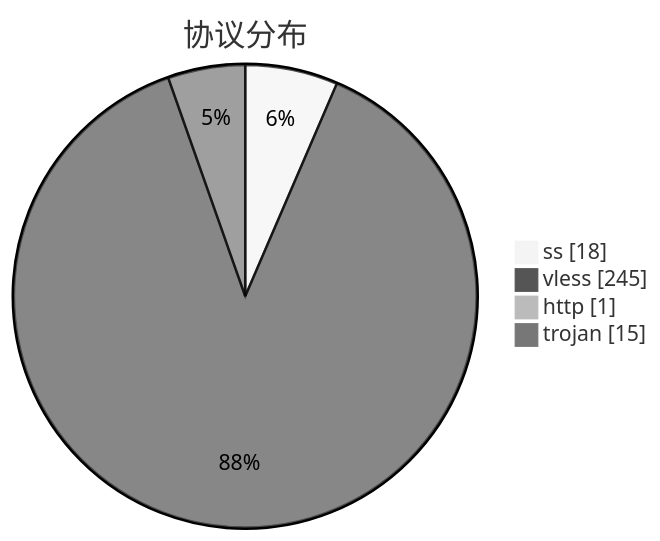
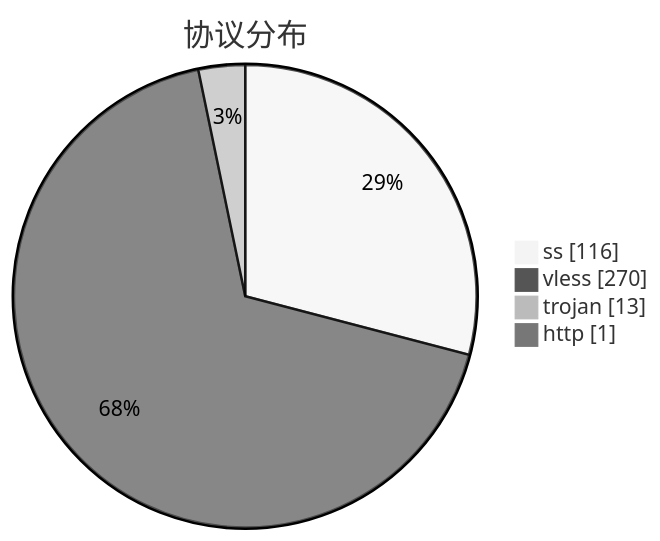
Before and after one commit to qjlxg/airport: the third of 3 diagrams in subs/statistics/tested_within.md, drawn with Mermaid (neutral theme). The commit also changed other lines of this file and 2 other files, not shown here.

````diff
--- a/subs/statistics/tested_within.md
+++ b/subs/statistics/tested_within.md
@@ -27,8 +29,8 @@
 ```mermaid
 pie showData
 title 协议分布
-"ss" : 18
-"vless" : 245
+"ss" : 116
+"vless" : 270
+"trojan" : 13
 "http" : 1
-"trojan" : 15
 ```
````
